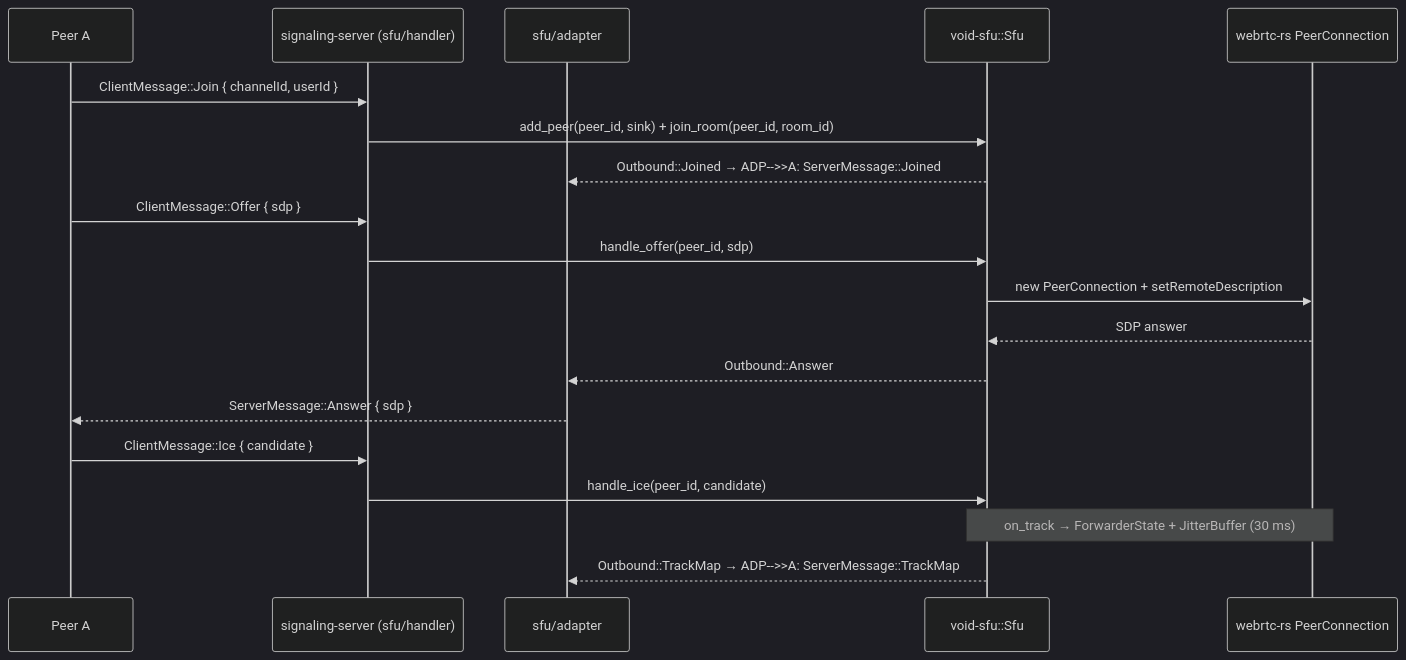
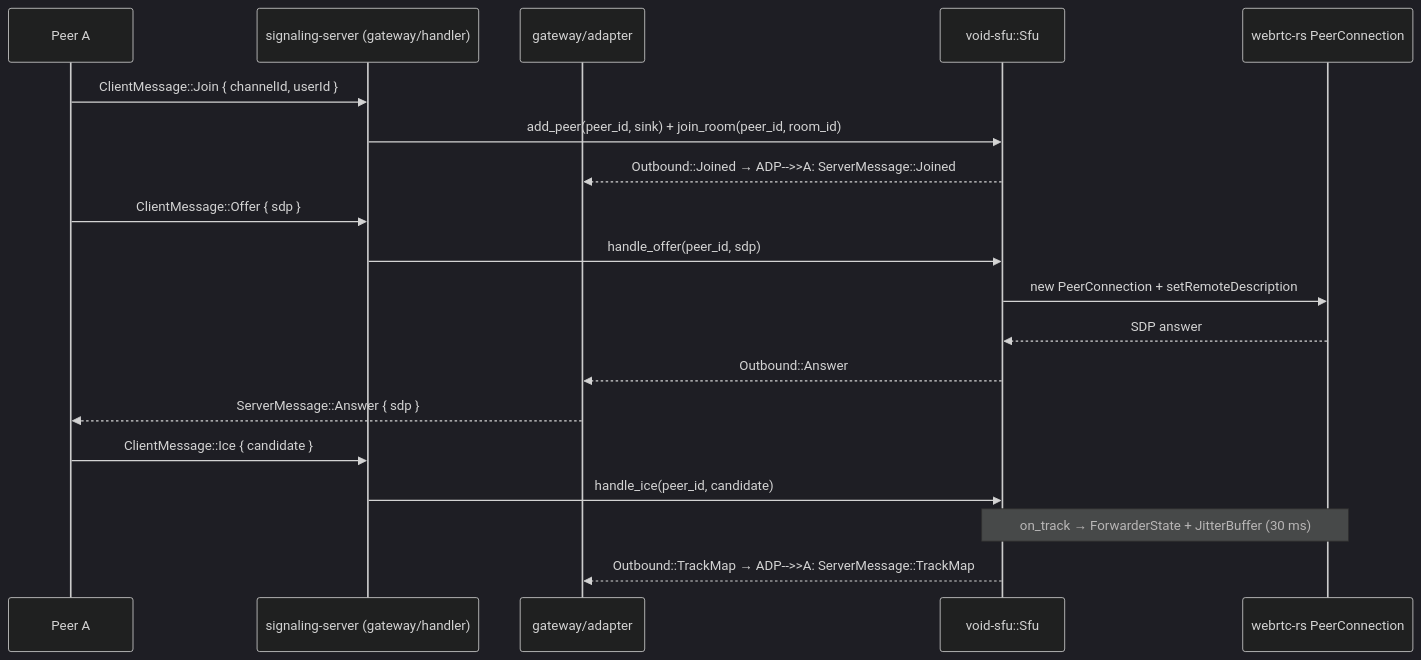
Before and after one commit to Void-next-gen-WebRTC/Void: the third of 4 diagrams in packages/signaling-server/README.md, drawn with Mermaid (dark theme). The commit also changed other lines of this file and 29 other files, not shown here.

First line of the commit message:
refactor(signaling-server): rename sfu module to gateway

````diff
--- a/packages/signaling-server/README.md
+++ b/packages/signaling-server/README.md
@@ -129,24 +129,24 @@
 ```mermaid
 sequenceDiagram
     participant A as Peer A
-    participant WS as signaling-server (sfu/handler)
-    participant ADP as sfu/adapter
+    participant WS as signaling-server (gateway/handler)
+    participant ADP as gateway/adapter
     participant LIB as void-sfu::Sfu
     participant PC as webrtc-rs PeerConnection
 
     A->>WS: ClientMessage::Join { channelId, userId }
     WS->>LIB: add_peer(peer_id, sink) + join_room(peer_id, room_id)
     LIB-->>ADP: Outbound::Joined → ADP-->>A: ServerMessage::Joined
 
     A->>WS: ClientMessage::Offer { sdp }
     WS->>LIB: handle_offer(peer_id, sdp)
     LIB->>PC: new PeerConnection + setRemoteDescription
     PC-->>LIB: SDP answer
     LIB-->>ADP: Outbound::Answer
     ADP-->>A: ServerMessage::Answer { sdp }
 
     A->>WS: ClientMessage::Ice { candidate }
     WS->>LIB: handle_ice(peer_id, candidate)
     Note over LIB,PC: on_track → ForwarderState + JitterBuffer (30 ms)
     LIB-->>ADP: Outbound::TrackMap → ADP-->>A: ServerMessage::TrackMap
 ```
````
